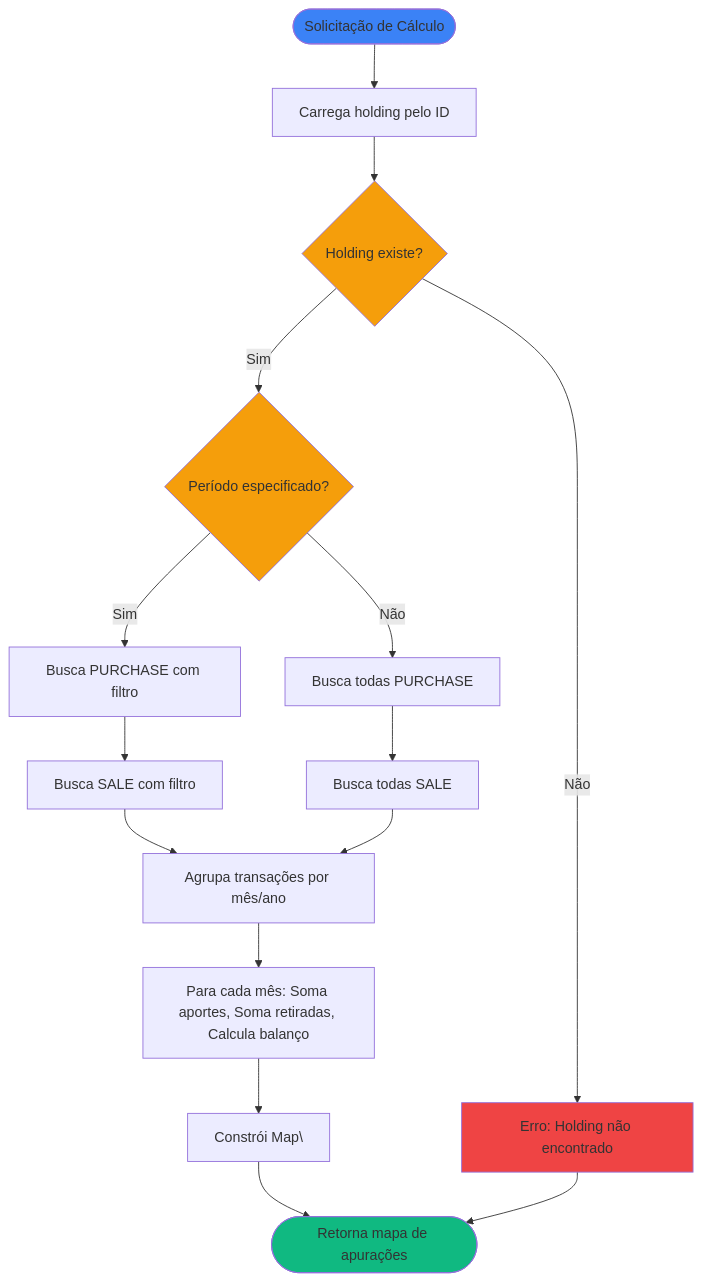
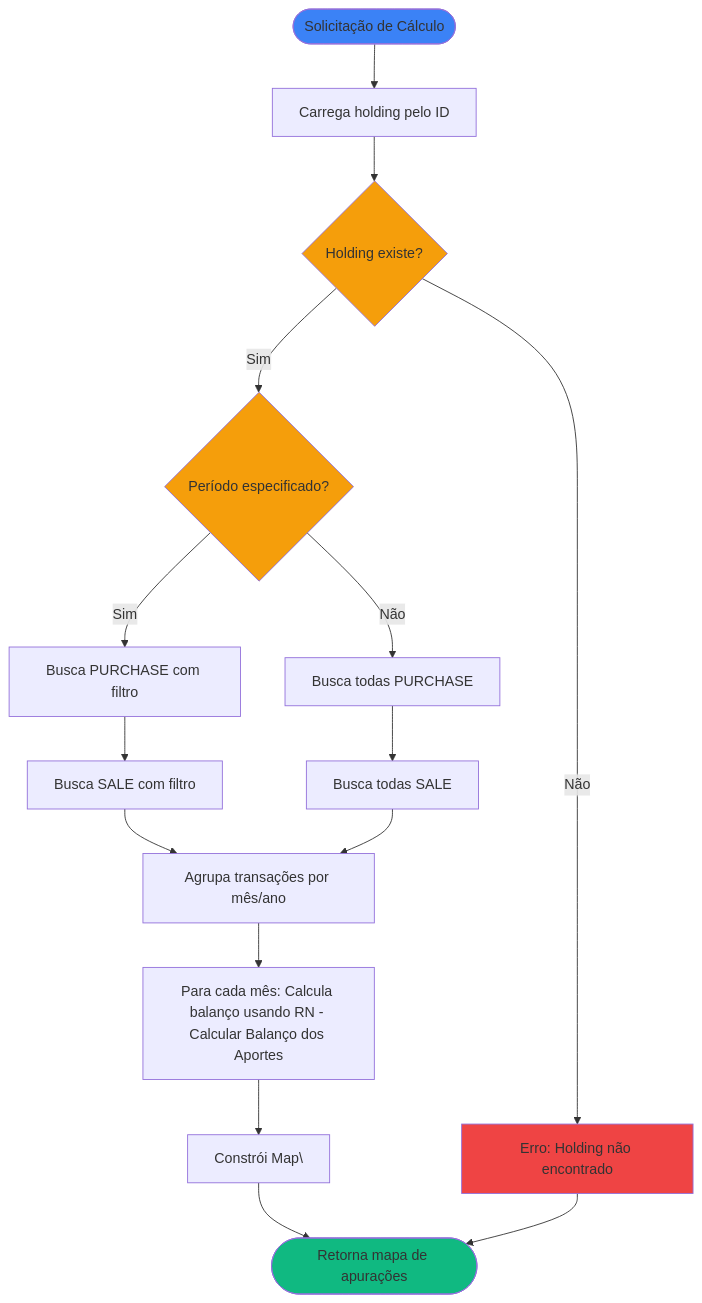
Before and after one commit to enirsilvaferraz/Investments-KMP: the diagram in docs/RN - Calcular Aportes de Investimento.md, drawn with Mermaid. The commit also changed other lines of this file and 2 other files, not shown here.

````diff
--- a/docs/RN - Calcular Aportes de Investimento.md
+++ b/docs/RN - Calcular Aportes de Investimento.md
@@ -60,22 +60,22 @@
 ```mermaid
 flowchart TD
     Start([Solicitação de Cálculo]) --> LoadHolding[Carrega holding pelo ID]
     LoadHolding --> HoldingExists{Holding existe?}
     HoldingExists -->|Não| ErrorHolding[Erro: Holding não encontrado]
     HoldingExists -->|Sim| HasPeriod{Período especificado?}
     HasPeriod -->|Sim| LoadPurchaseFiltered[Busca PURCHASE com filtro]
     HasPeriod -->|Não| LoadPurchase[Busca todas PURCHASE]
     LoadPurchaseFiltered --> LoadSaleFiltered[Busca SALE com filtro]
     LoadPurchase --> LoadSale[Busca todas SALE]
     LoadSaleFiltered --> GroupByMonth[Agrupa transações por mês/ano]
     LoadSale --> GroupByMonth
-    GroupByMonth --> CalcMonthly[Para cada mês: Soma aportes, Soma retiradas, Calcula balanço]
+    GroupByMonth --> CalcMonthly[Para cada mês: Calcula balanço usando RN - Calcular Balanço dos Aportes]
     CalcMonthly --> BuildMap[Constrói Map\<YearMonth, MonthlySettlement\>]
     BuildMap --> Return([Retorna mapa de apurações])
     ErrorHolding --> Return
     style Start fill: #3b82f6
     style Return fill: #10b981
     style HoldingExists fill: #f59e0b
     style HasPeriod fill: #f59e0b
     style ErrorHolding fill: #ef4444
 ```
````
